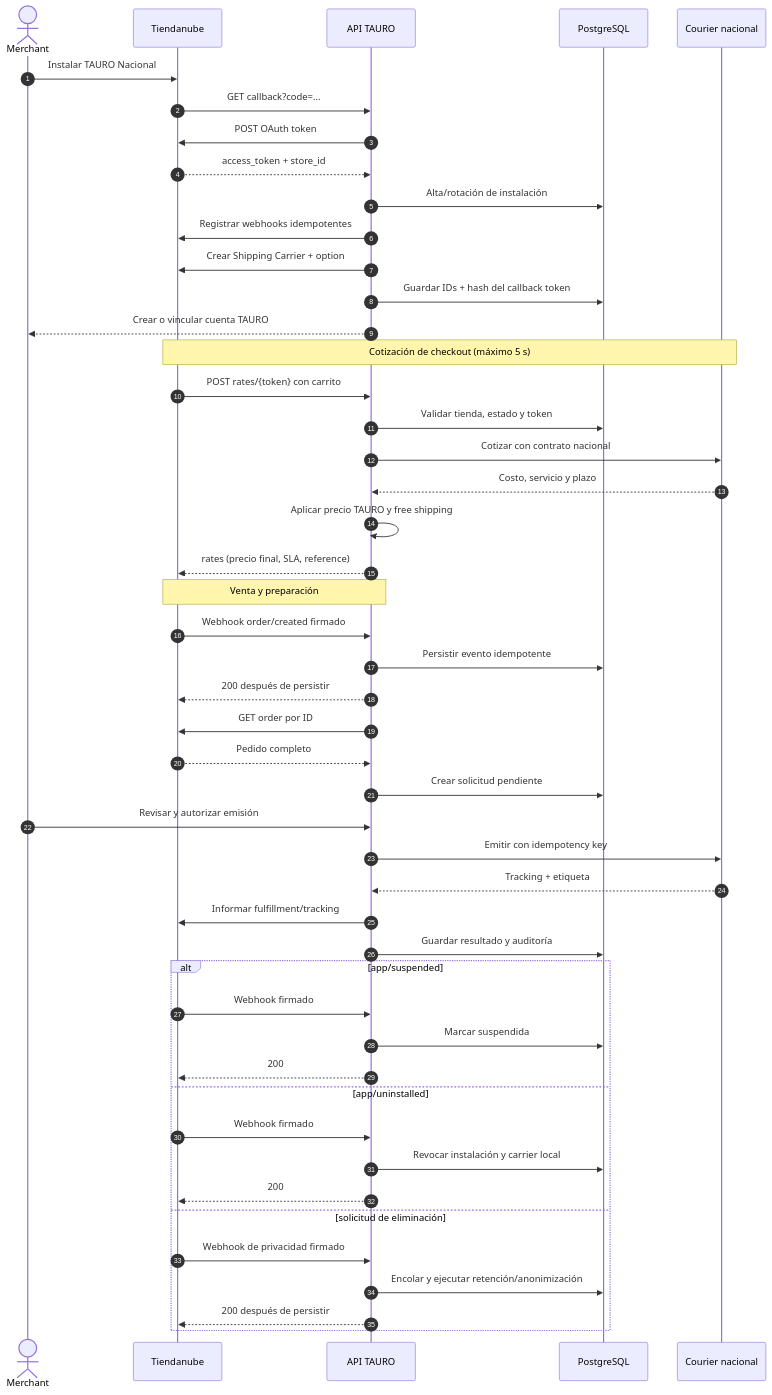
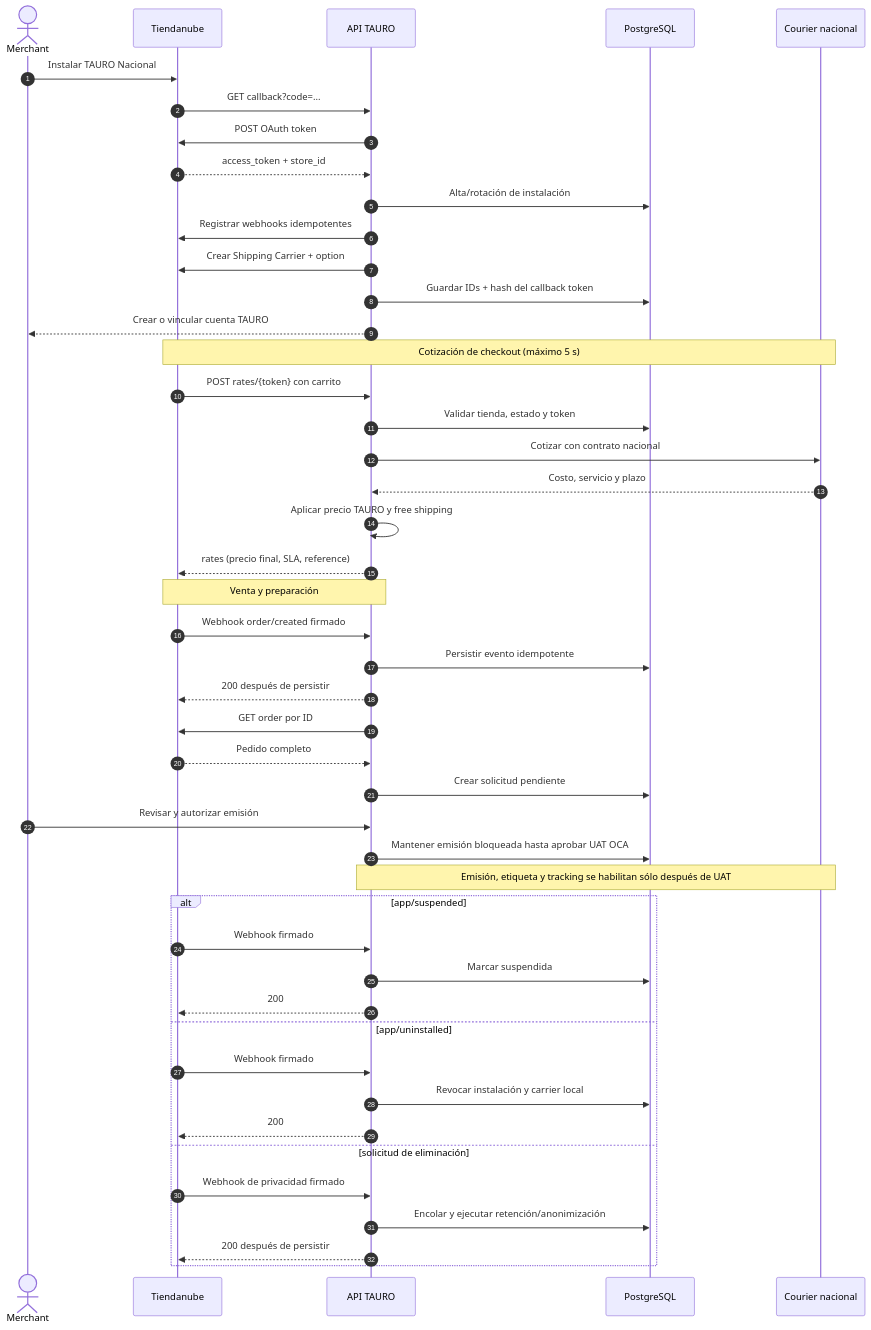
The diagram in docs/tiendanube/SEQUENCE_DIAGRAM.md (leandrormollo-boop/tauro-api), drawn with Mermaid before and after one commit. The commit also changed other lines of this file and 34 other files, not shown here.

````diff
--- a/docs/tiendanube/SEQUENCE_DIAGRAM.md
+++ b/docs/tiendanube/SEQUENCE_DIAGRAM.md
@@ -6,54 +6,52 @@
 ```mermaid
 sequenceDiagram
     autonumber
     actor M as Merchant
     participant TN as Tiendanube
     participant API as API TAURO
     participant DB as PostgreSQL
     participant C as Courier nacional
 
     M->>TN: Instalar TAURO Nacional
     TN->>API: GET callback?code=...
     API->>TN: POST OAuth token
     TN-->>API: access_token + store_id
     API->>DB: Alta/rotación de instalación
     API->>TN: Registrar webhooks idempotentes
     API->>TN: Crear Shipping Carrier + option
     API->>DB: Guardar IDs + hash del callback token
     API-->>M: Crear o vincular cuenta TAURO
 
     Note over TN,C: Cotización de checkout (máximo 5 s)
     TN->>API: POST rates/{token} con carrito
     API->>DB: Validar tienda, estado y token
     API->>C: Cotizar con contrato nacional
     C-->>API: Costo, servicio y plazo
     API->>API: Aplicar precio TAURO y free shipping
     API-->>TN: rates (precio final, SLA, reference)
 
     Note over TN,API: Venta y preparación
     TN->>API: Webhook order/created firmado
     API->>DB: Persistir evento idempotente
     API-->>TN: 200 después de persistir
     API->>TN: GET order por ID
     TN-->>API: Pedido completo
     API->>DB: Crear solicitud pendiente
     M->>API: Revisar y autorizar emisión
-    API->>C: Emitir con idempotency key
-    C-->>API: Tracking + etiqueta
-    API->>TN: Informar fulfillment/tracking
-    API->>DB: Guardar resultado y auditoría
+    API->>DB: Mantener emisión bloqueada hasta aprobar UAT OCA
+    Note over API,C: Emisión, etiqueta y tracking se habilitan sólo después de UAT
 
     alt app/suspended
         TN->>API: Webhook firmado
         API->>DB: Marcar suspendida
         API-->>TN: 200
     else app/uninstalled
         TN->>API: Webhook firmado
         API->>DB: Revocar instalación y carrier local
         API-->>TN: 200
     else solicitud de eliminación
         TN->>API: Webhook de privacidad firmado
         API->>DB: Encolar y ejecutar retención/anonimización
         API-->>TN: 200 después de persistir
     end
 ```
````
